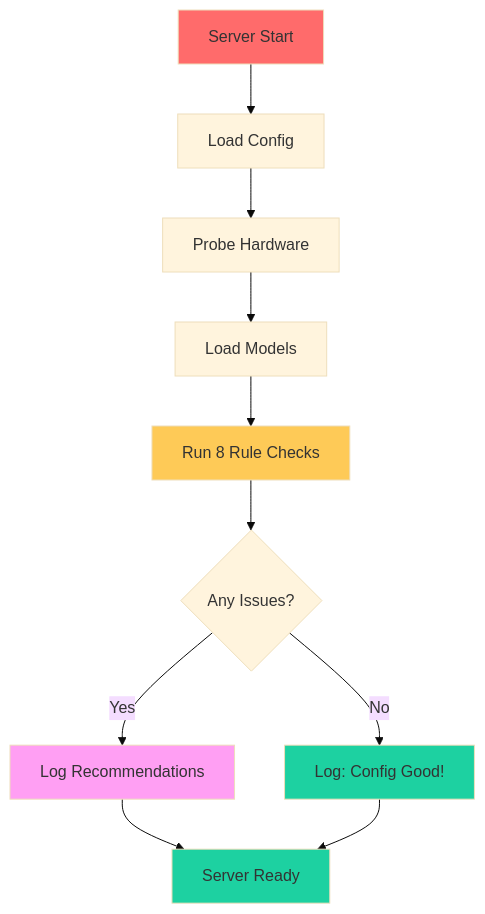
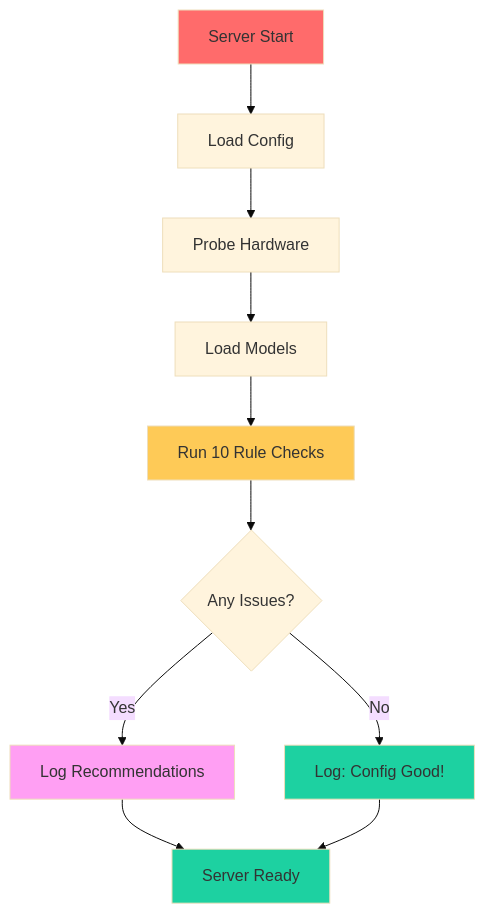
The first of 11 diagrams in docs/STARTUP_ADVISOR.md (anvai-labs/inferflux), drawn with Mermaid (base theme) before and after one commit. The commit also changed other lines of this file and 71 other files, not shown here.

````diff
--- a/docs/STARTUP_ADVISOR.md
+++ b/docs/STARTUP_ADVISOR.md
@@ -9,20 +9,20 @@
 ```mermaid
 flowchart TD
     A[Server Start] --> B[Load Config]
     B --> C[Probe Hardware]
     C --> D[Load Models]
-    D --> E[Run 8 Rule Checks]
+    D --> E[Run 10 Rule Checks]
 
     E --> F{Any Issues?}
     F -->|Yes| G[Log Recommendations]
     F -->|No| H[Log: Config Good!]
 
     G --> I[Server Ready]
     H --> I
 
     style A fill:#ff6b6b
     style E fill:#feca57
     style G fill:#ff9ff3
     style H fill:#1dd1a1
     style I fill:#1dd1a1
 ```
````
